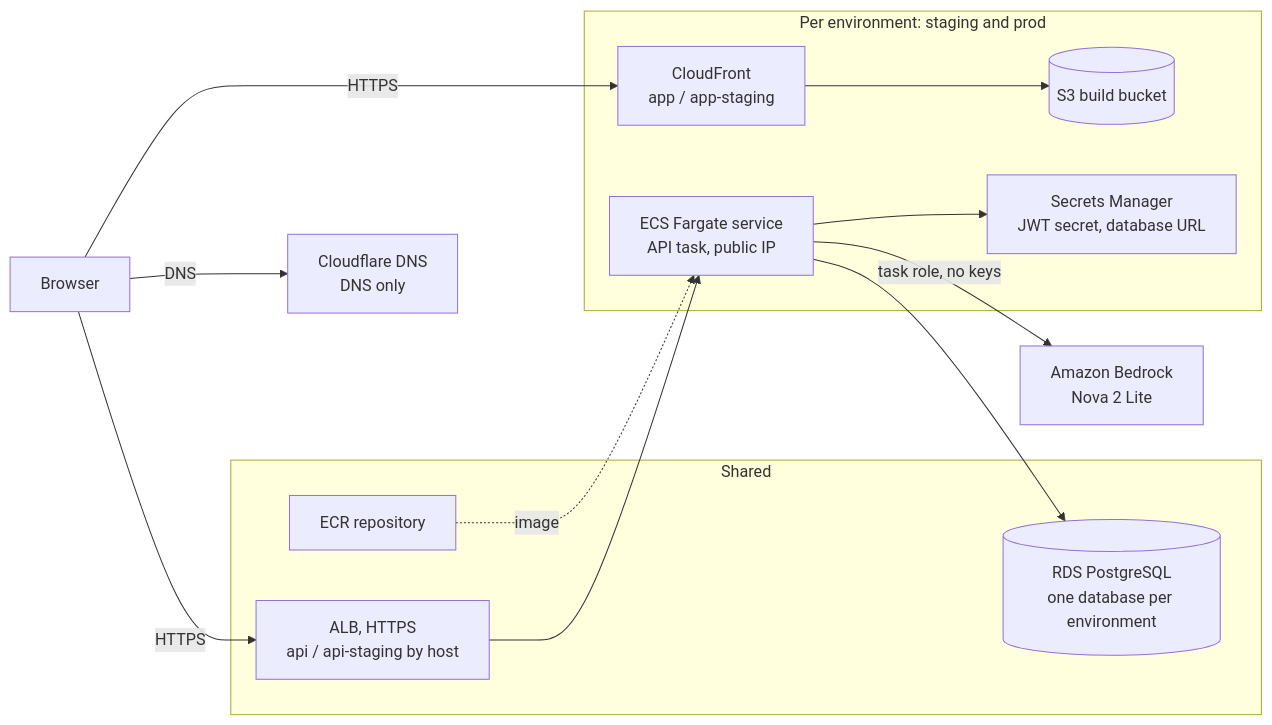
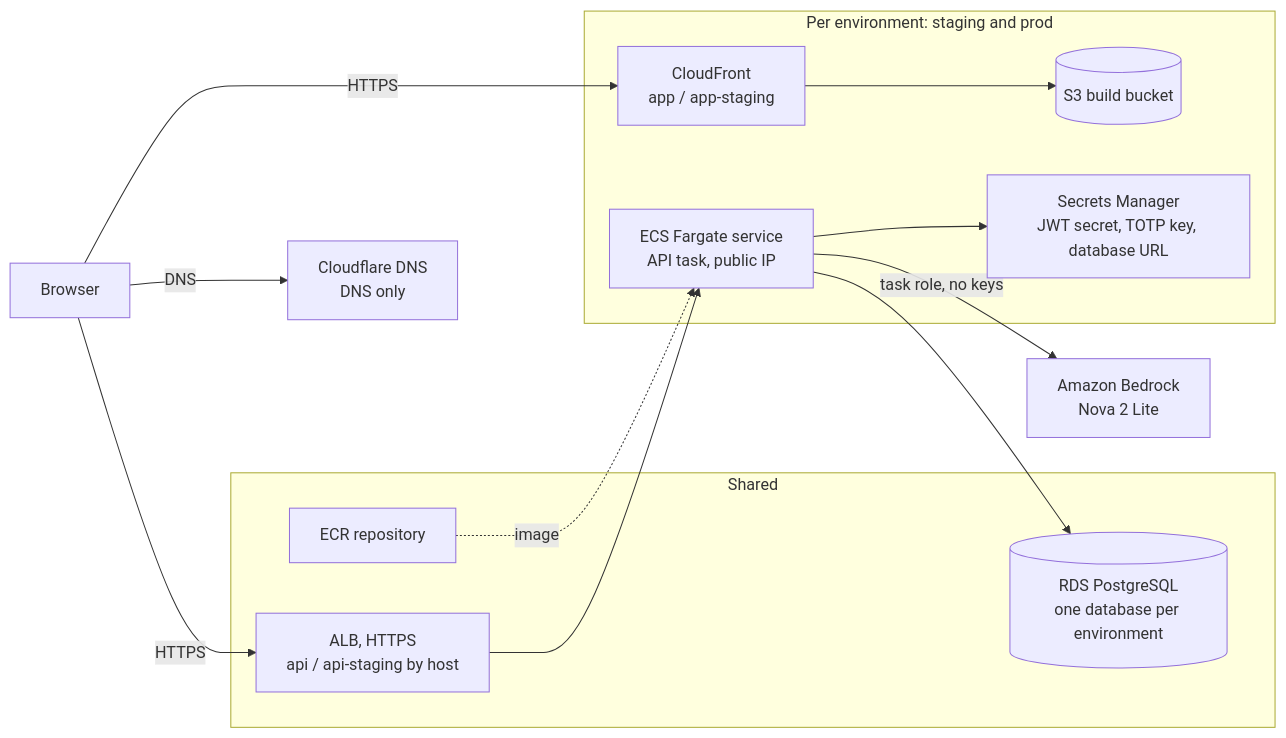
The diagram in docs/architecture/aws.md (victorkauan/silver-proposals-infra), drawn with Mermaid before and after one commit. The commit also changed other lines of this file and 5 other files, not shown here.

````diff
--- a/docs/architecture/aws.md
+++ b/docs/architecture/aws.md
@@ -7,25 +7,25 @@
 ```mermaid
 flowchart LR
   user[Browser]
   cf[Cloudflare DNS<br/>DNS only]
   subgraph envs[Per environment: staging and prod]
     cdn[CloudFront<br/>app / app-staging]
     s3[(S3 build bucket)]
     svc[ECS Fargate service<br/>API task, public IP]
-    sec[Secrets Manager<br/>JWT secret, database URL]
+    sec[Secrets Manager<br/>JWT secret, TOTP key, database URL]
   end
   subgraph shared[Shared]
     alb[ALB, HTTPS<br/>api / api-staging by host]
     rds[(RDS PostgreSQL<br/>one database per environment)]
     ecr[ECR repository]
   end
   bedrock[Amazon Bedrock<br/>Nova 2 Lite]
 
   user -- DNS --> cf
   user -- HTTPS --> cdn --> s3
   user -- HTTPS --> alb --> svc
   svc --> rds
   svc -- task role, no keys --> bedrock
   svc --> sec
   ecr -. image .-> svc
 ```
````
